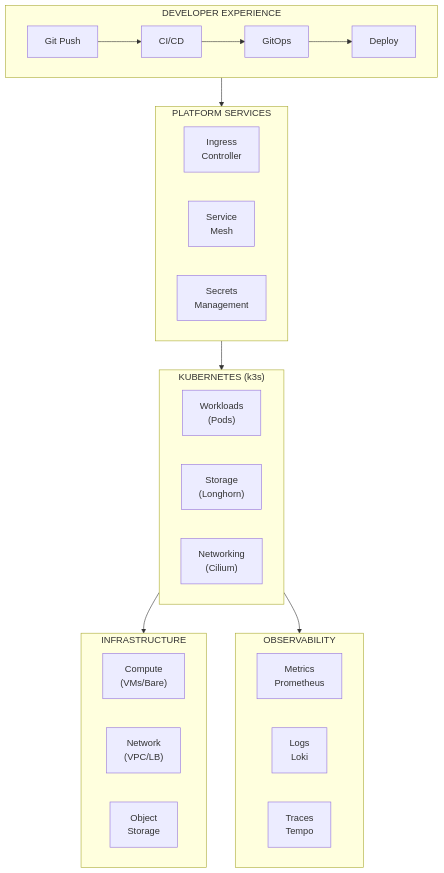
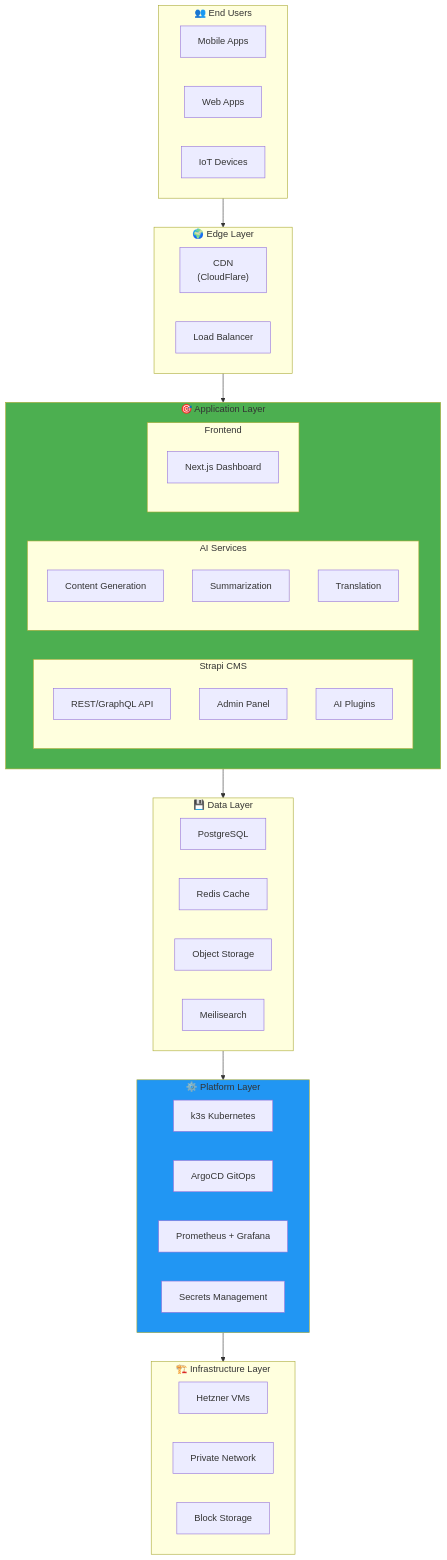
The sixth of 7 diagrams in DevOps/01-Product/01-Vision.md (PearlThoughtsInternship/Internship-Obsidian-Vault), drawn with Mermaid before and after one commit. The commit also changed other lines of this file, not shown here.

First line of the commit message:
Reframe vision: Product-first narrative around ContentAI

````diff
--- a/DevOps/01-Product/01-Vision.md
+++ b/DevOps/01-Product/01-Vision.md
@@ -117,33 +184,56 @@
 ```mermaid
 flowchart TB
-    subgraph DX["DEVELOPER EXPERIENCE"]
-        GitPush["Git Push"] --> CICD["CI/CD"] --> GitOps["GitOps"] --> Deploy["Deploy"]
+    subgraph Users["👥 End Users"]
+        Mobile["Mobile Apps"]
+        Web["Web Apps"]
+        IoT["IoT Devices"]
     end
 
-    subgraph Platform["PLATFORM SERVICES"]
-        Ingress["Ingress<br/>Controller"]
-        Mesh["Service<br/>Mesh"]
-        Secrets["Secrets<br/>Management"]
+    subgraph Edge["🌍 Edge Layer"]
+        CDN["CDN<br/>(CloudFlare)"]
+        LB["Load Balancer"]
     end
 
-    subgraph K8s["KUBERNETES (k3s)"]
-        Workloads["Workloads<br/>(Pods)"]
-        Storage["Storage<br/>(Longhorn)"]
-        Networking["Networking<br/>(Cilium)"]
+    subgraph App["🎯 Application Layer"]
+        subgraph Strapi["Strapi CMS"]
+            API["REST/GraphQL API"]
+            Admin["Admin Panel"]
+            Plugins["AI Plugins"]
+        end
+        subgraph AI["AI Services"]
+            Gen["Content Generation"]
+            Sum["Summarization"]
+            Trans["Translation"]
+        end
+        subgraph Frontend["Frontend"]
+            Next["Next.js Dashboard"]
+        end
     end
 
-    subgraph Infra["INFRASTRUCTURE"]
-        Compute["Compute<br/>(VMs/Bare)"]
-        Network["Network<br/>(VPC/LB)"]
-        ObjectStore["Object<br/>Storage"]
+    subgraph Data["💾 Data Layer"]
+        PG["PostgreSQL"]
+        Redis["Redis Cache"]
+        S3["Object Storage"]
+        Meili["Meilisearch"]
     end
 
-    subgraph Observability["OBSERVABILITY"]
-        Metrics["Metrics<br/>Prometheus"]
-        Logs["Logs<br/>Loki"]
-        Traces["Traces<br/>Tempo"]
+    subgraph Platform["⚙️ Platform Layer"]
+        K3s["k3s Kubernetes"]
+        Argo["ArgoCD GitOps"]
+        Prom["Prometheus + Grafana"]
+        Vault["Secrets Management"]
     end
 
-    DX --> Platform --> K8s --> Infra
-    K8s --> Observability
+    subgraph Infra["🏗️ Infrastructure Layer"]
+        VMs["Hetzner VMs"]
+        Network["Private Network"]
+        Storage["Block Storage"]
+    end
+
+    Users --> Edge --> App
+    App --> Data
+    Data --> Platform --> Infra
+
+    style App fill:#4CAF50
+    style Platform fill:#2196F3
 ```
````
